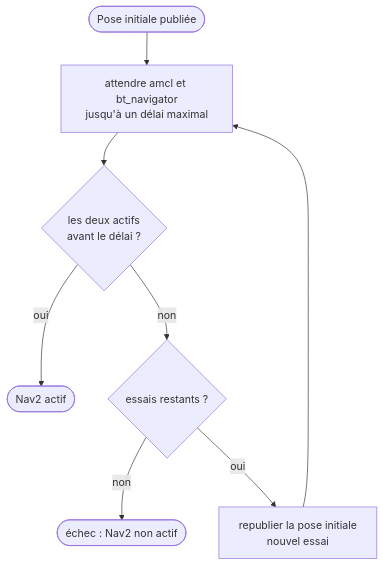
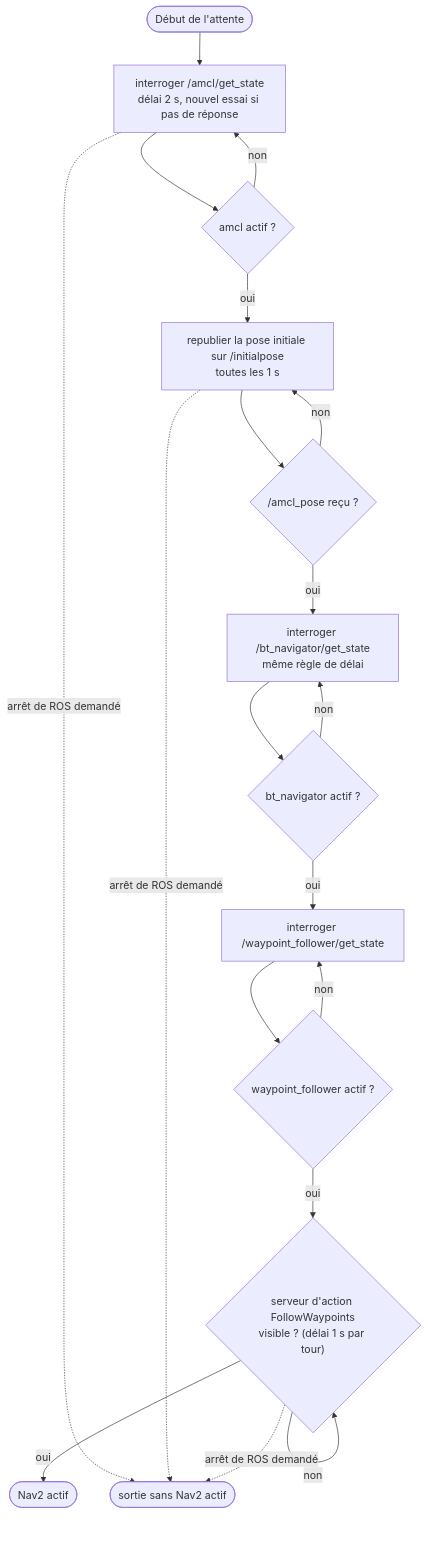
One commit to Maximator13/robot-aspirateur-ros2 changed the seventh of 9 diagrams in docs/ALGORIGRAMMES.md. Above: the diagram before and after it, drawn with Mermaid. The commit also changed other lines of this file and 13 other files, not shown here.

````diff
--- a/docs/ALGORIGRAMMES.md
+++ b/docs/ALGORIGRAMMES.md
@@ -168,10 +168,21 @@
 ```mermaid
 flowchart TD
-    A(["Pose initiale publiée"]) --> B["attendre amcl et bt_navigator<br/>jusqu'à un délai maximal"]
-    B --> C{"les deux actifs<br/>avant le délai ?"}
-    C -- "oui" --> OK(["Nav2 actif"])
-    C -- "non" --> D{"essais restants ?"}
-    D -- "non" --> KO(["échec : Nav2 non actif"])
-    D -- "oui" --> E["republier la pose initiale<br/>nouvel essai"]
-    E --> B
+    A(["Début de l'attente"]) --> B["interroger /amcl/get_state<br/>délai 2 s, nouvel essai si pas de réponse"]
+    B --> C{"amcl actif ?"}
+    C -- "non" --> B
+    C -- "oui" --> D["republier la pose initiale sur /initialpose<br/>toutes les 1 s"]
+    D --> E{"/amcl_pose reçu ?"}
+    E -- "non" --> D
+    E -- "oui" --> F["interroger /bt_navigator/get_state<br/>même règle de délai"]
+    F --> G{"bt_navigator actif ?"}
+    G -- "non" --> F
+    G -- "oui" --> H["interroger /waypoint_follower/get_state"]
+    H --> I{"waypoint_follower actif ?"}
+    I -- "non" --> H
+    I -- "oui" --> J{"serveur d'action FollowWaypoints<br/>visible ? (délai 1 s par tour)"}
+    J -- "non" --> J
+    J -- "oui" --> OK(["Nav2 actif"])
+    B -. "arrêt de ROS demandé" .-> KO(["sortie sans Nav2 actif"])
+    D -. "arrêt de ROS demandé" .-> KO
+    J -. "arrêt de ROS demandé" .-> KO
 ```
````
